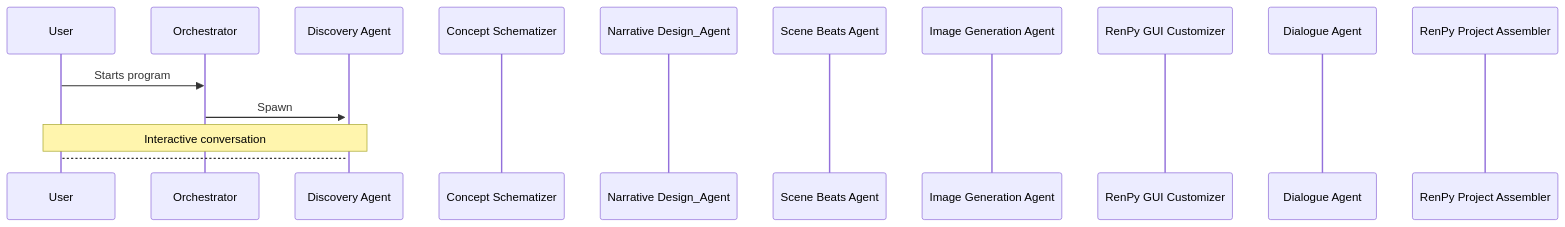
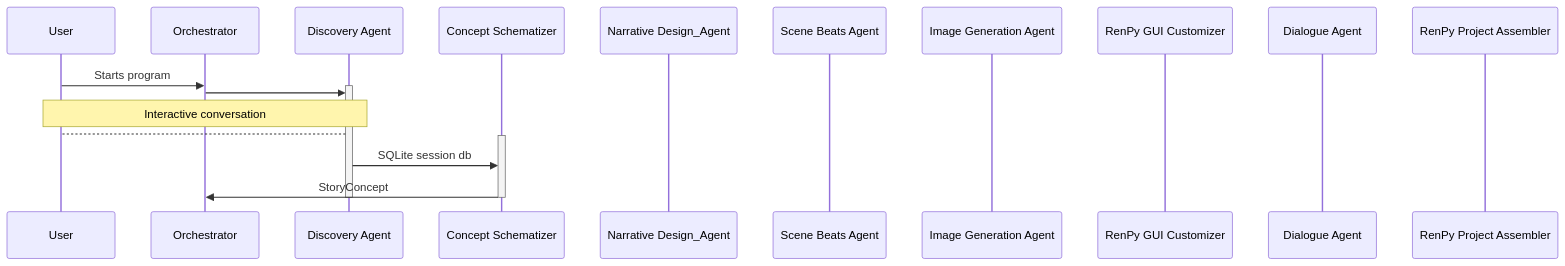
One commit to danglenzig/KARLA_PROD changed the diagram in README.md. Above: the diagram before and after it, drawn with Mermaid.

````diff
--- a/README.md
+++ b/README.md
@@ -108,19 +108,24 @@
 ```mermaid
 sequenceDiagram
     participant USER as User
     participant ORCH as Orchestrator
     participant DISC as Discovery Agent
     participant CONC as Concept Schematizer
     participant NARR as Narrative Design_Agent
     participant BEAT as Scene Beats Agent
     participant ARTS as Image Generation Agent
     participant COLO as RenPy GUI Customizer
     participant DIAL as Dialogue Agent
     participant RNPY as RenPy Project Assembler
 
     USER->>ORCH: Starts program
     activate DISC
-    ORCH->>DISC: Spawn
+    ORCH->>DISC:
     Note over DISC,USER: Interactive conversation
     DISC-->USER:
+    activate CONC
+    DISC->>CONC: SQLite session db
+    CONC->>ORCH: StoryConcept
+    deactivate CONC
+    deactivate DISC
 ```
````
